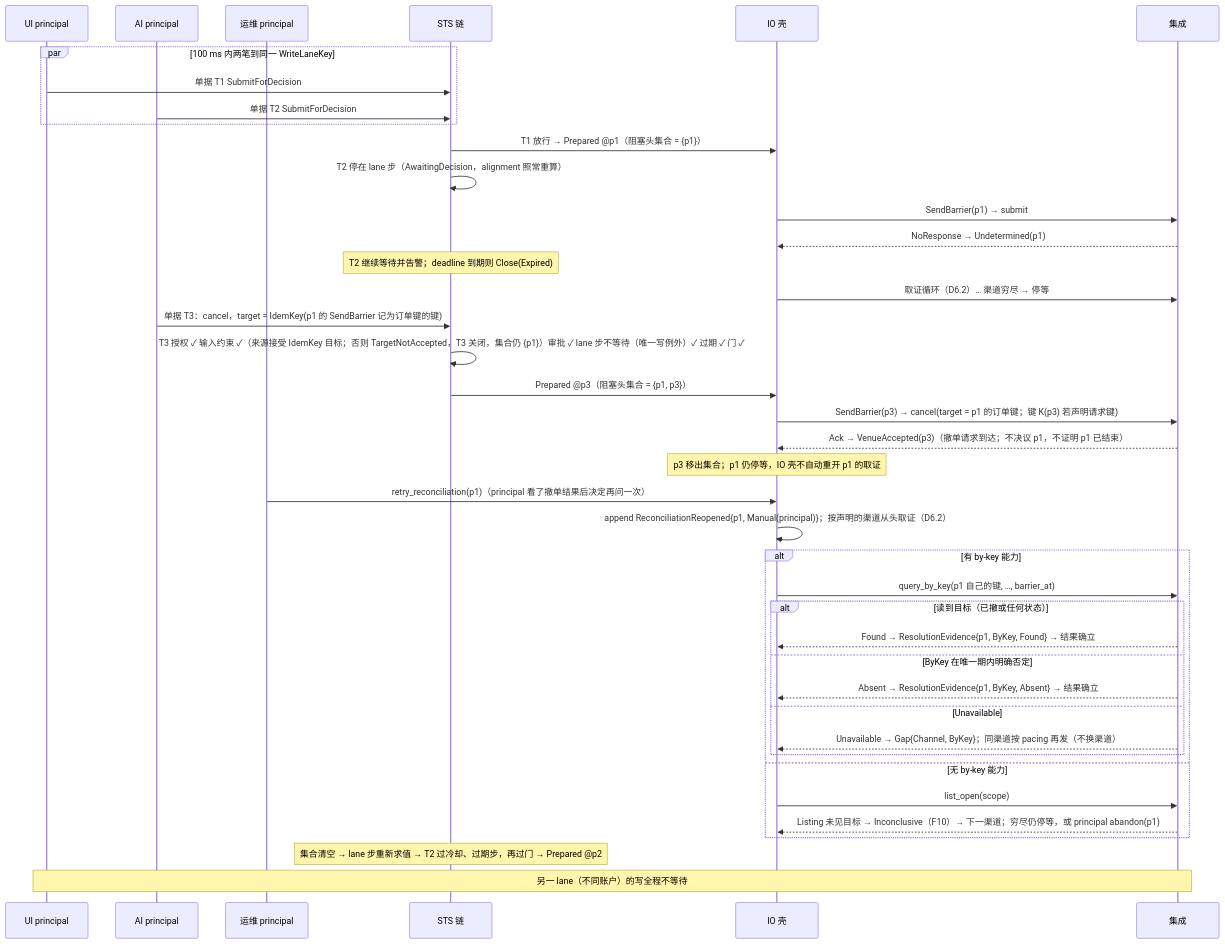
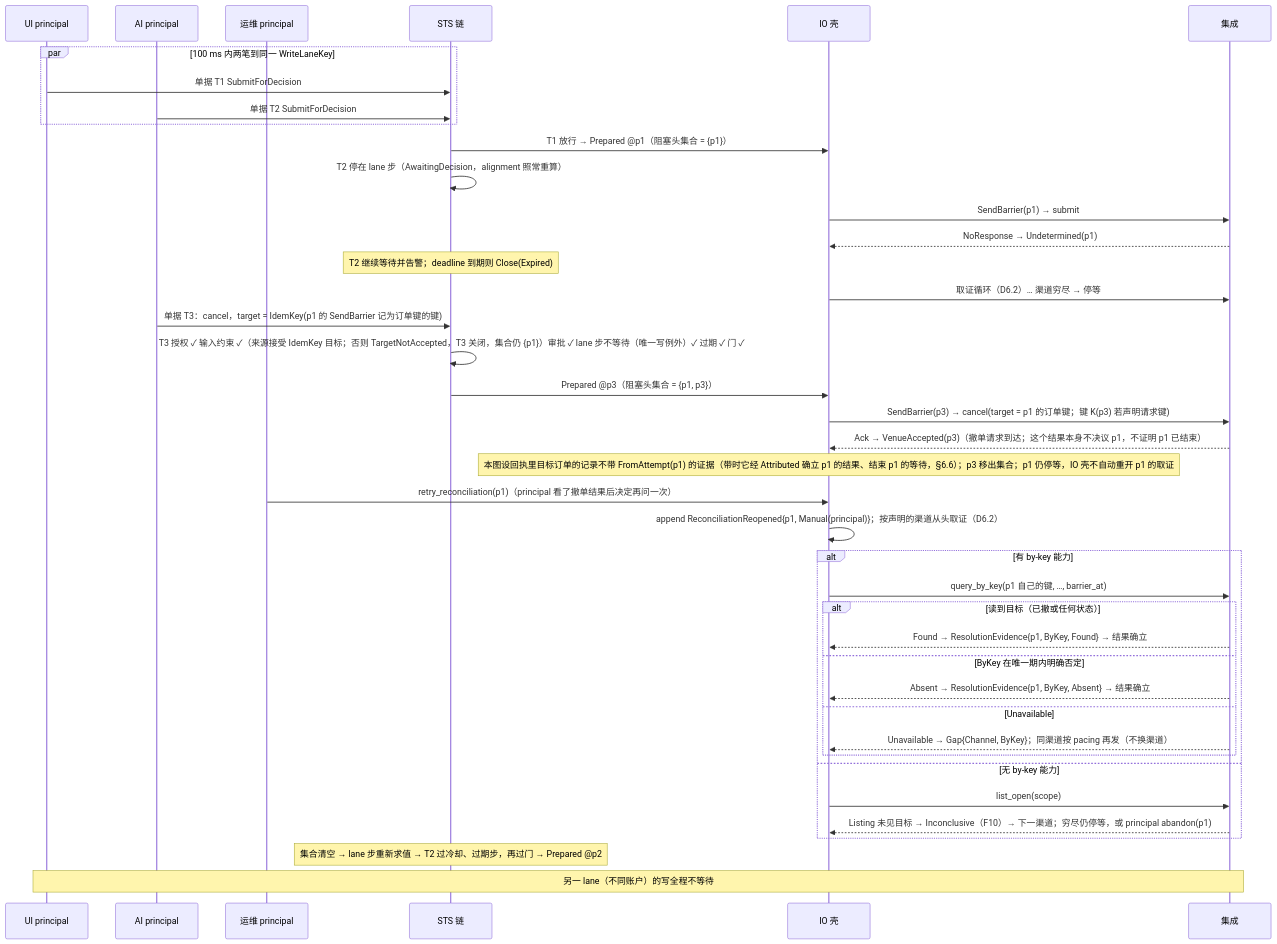
One commit to mouriya-s-lab/uta changed the seventh of 7 diagrams in design/diagrams/06-io-shell-attempt.md. Above: the diagram before and after it, drawn with Mermaid. The commit also changed 14 other files, not shown here.

````diff
--- a/design/diagrams/06-io-shell-attempt.md
+++ b/design/diagrams/06-io-shell-attempt.md
@@ -266,42 +266,42 @@
 ```mermaid
 sequenceDiagram
   participant UI as UI principal
   participant AI as AI principal
   participant OP as 运维 principal
   participant S as STS 链
   participant IO as IO 壳
   participant I as 集成
   par 100 ms 内两笔到同一 WriteLaneKey
     UI->>S: 单据 T1 SubmitForDecision
     AI->>S: 单据 T2 SubmitForDecision
   end
   S->>IO: T1 放行 → Prepared @p1（阻塞头集合 = {p1}）
   S->>S: T2 停在 lane 步（AwaitingDecision，alignment 照常重算）
   IO->>I: SendBarrier(p1) → submit
   I-->>IO: NoResponse → Undetermined(p1)
   Note over S: T2 继续等待并告警；deadline 到期则 Close(Expired)
   IO->>I: 取证循环（D6.2）… 渠道穷尽 → 停等
   AI->>S: 单据 T3：cancel，target = IdemKey(p1 的 SendBarrier 记为订单键的键)
   S->>S: T3 授权 ✓ 输入约束 ✓（来源接受 IdemKey 目标；否则 TargetNotAccepted，T3 关闭，集合仍 {p1}）审批 ✓ lane 步不等待（唯一写例外）✓ 过期 ✓ 门 ✓
   S->>IO: Prepared @p3（阻塞头集合 = {p1, p3}）
   IO->>I: SendBarrier(p3) → cancel(target = p1 的订单键；键 K(p3) 若声明请求键)
-  I-->>IO: Ack → VenueAccepted(p3)（撤单请求到达；不决议 p1，不证明 p1 已结束）
-  Note over IO: p3 移出集合；p1 仍停等，IO 壳不自动重开 p1 的取证
+  I-->>IO: Ack → VenueAccepted(p3)（撤单请求到达；这个结果本身不决议 p1，不证明 p1 已结束）
+  Note over IO: 本图设回执里目标订单的记录不带 FromAttempt(p1) 的证据（带时它经 Attributed 确立 p1 的结果、结束 p1 的等待，§6.6）；p3 移出集合；p1 仍停等，IO 壳不自动重开 p1 的取证
   OP->>IO: retry_reconciliation(p1)（principal 看了撤单结果后决定再问一次）
   IO->>IO: append ReconciliationReopened{p1, Manual(principal)}；按声明的渠道从头取证（D6.2）
   alt 有 by-key 能力
     IO->>I: query_by_key(p1 自己的键, …, barrier_at)
     alt 读到目标（已撤或任何状态）
       I-->>IO: Found → ResolutionEvidence{p1, ByKey, Found} → 结果确立
     else ByKey 在唯一期内明确否定
       I-->>IO: Absent → ResolutionEvidence{p1, ByKey, Absent} → 结果确立
     else Unavailable
       I-->>IO: Unavailable → Gap{Channel, ByKey}；同渠道按 pacing 再发（不换渠道）
     end
   else 无 by-key 能力
     IO->>I: list_open(scope)
     I-->>IO: Listing 未见目标 → Inconclusive（F10）→ 下一渠道；穷尽仍停等，或 principal abandon(p1)
   end
   Note over S: 集合清空 → lane 步重新求值 → T2 过冷却、过期步，再过门 → Prepared @p2
   Note over UI,I: 另一 lane（不同账户）的写全程不等待
 ```
````
